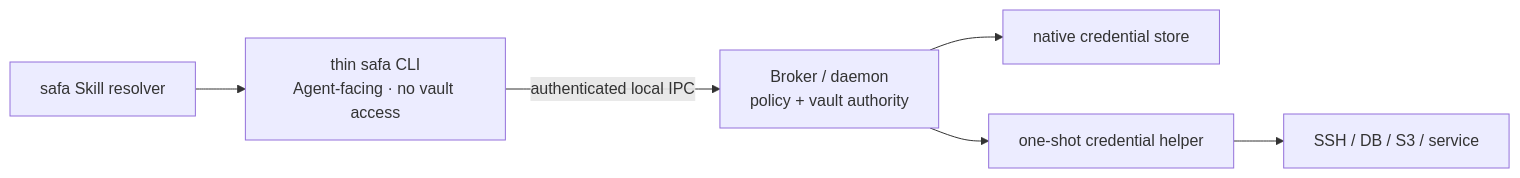
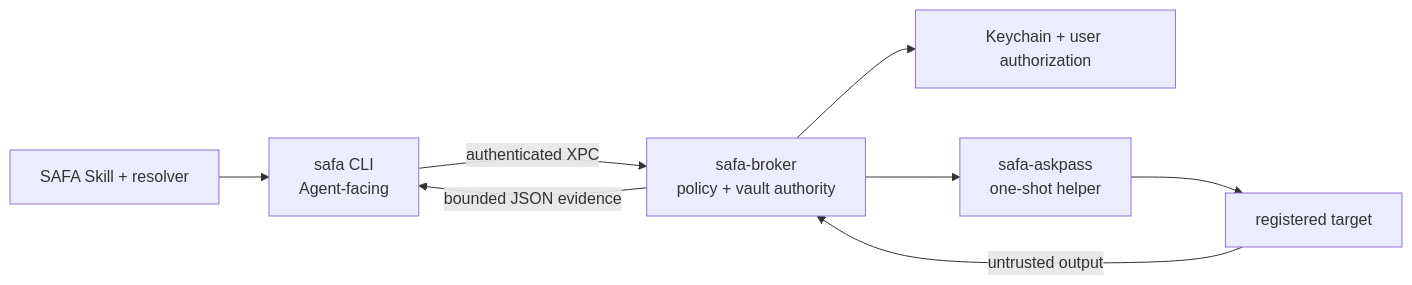
Before and after one commit to juju-w/safa-runtime: the diagram in README.md, drawn with Mermaid. The commit also changed other lines of this file and 1 other file, not shown here.

````diff
--- a/README.md
+++ b/README.md
@@ -19,8 +31,10 @@
 ```mermaid
 flowchart LR
-    Skill["safa Skill resolver"] --> CLI["thin safa CLI\nAgent-facing · no vault access"]
-    CLI -->|"authenticated local IPC"| Broker["Broker / daemon\npolicy + vault authority"]
-    Broker --> Vault["native credential store"]
-    Broker --> Helper["one-shot credential helper"]
-    Helper --> Target["SSH / DB / S3 / service"]
+    Skill["SAFA Skill + resolver"] --> CLI["safa CLI\nAgent-facing"]
+    CLI -->|"authenticated XPC"| Broker["safa-broker\npolicy + vault authority"]
+    Broker --> Keychain["Keychain + user authorization"]
+    Broker --> AskPass["safa-askpass\none-shot helper"]
+    AskPass --> Target["registered target"]
+    Target -->|"untrusted output"| Broker
+    Broker -->|"bounded JSON evidence"| CLI
 ```
````
